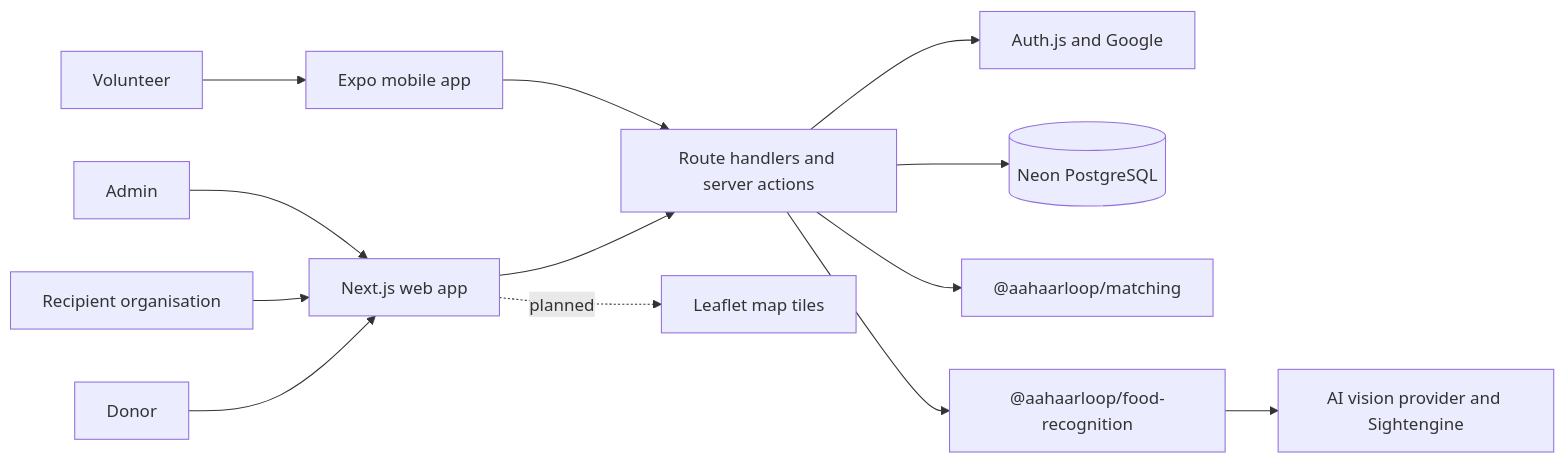
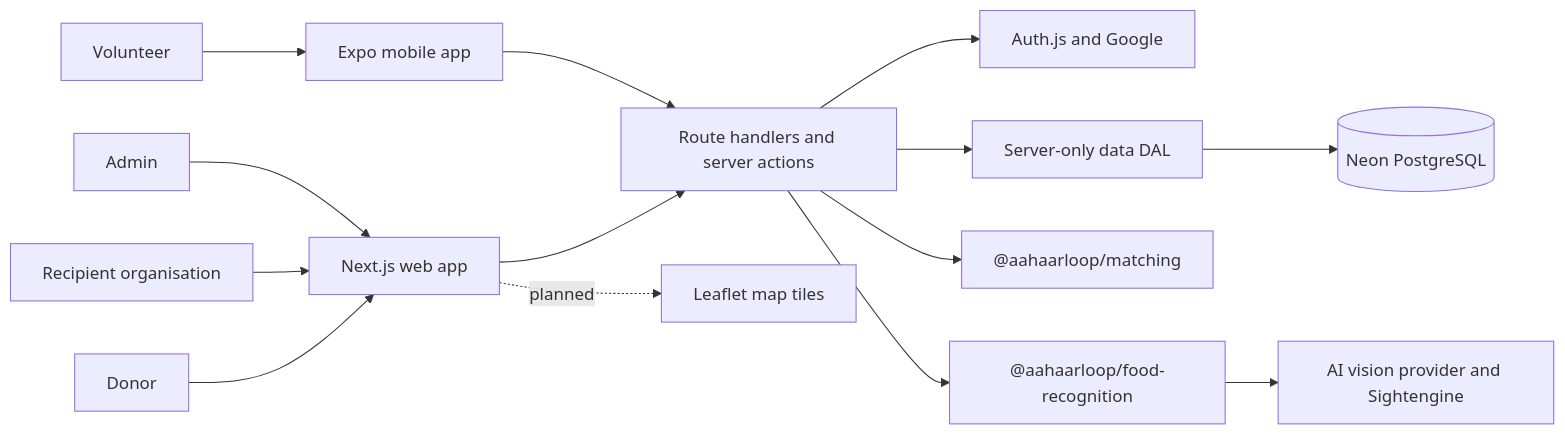
Before and after one commit to dinozaoro/aahaarloop: the first of 5 diagrams in docs/architecture.md, drawn with Mermaid. The commit also changed other lines of this file and 2 other files, not shown here.

````diff
--- a/docs/architecture.md
+++ b/docs/architecture.md
@@ -19,15 +23,16 @@
 ```mermaid
 flowchart LR
   Donor[Donor] --> Web
   Recipient[Recipient organisation] --> Web
   Volunteer[Volunteer] --> Mobile
   Admin[Admin] --> Web
   Web[Next.js web app] --> Server[Route handlers and server actions]
   Mobile[Expo mobile app] --> Server
   Server --> Auth[Auth.js and Google]
-  Server --> DB[(Neon PostgreSQL)]
+  Server --> DAL[Server-only data DAL]
+  DAL --> DB[(Neon PostgreSQL)]
   Server --> Match["@aahaarloop/matching"]
   Server --> Food["@aahaarloop/food-recognition"]
   Food --> AI[AI vision provider and Sightengine]
   Web -. planned .-> Map[Leaflet map tiles]
 ```
````
